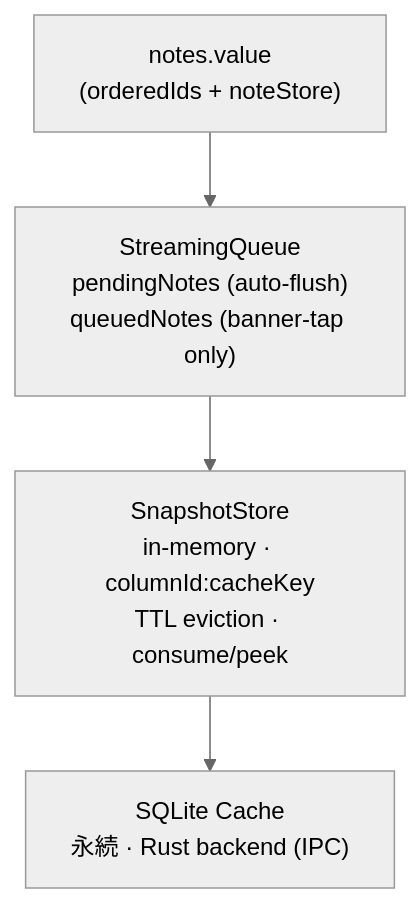
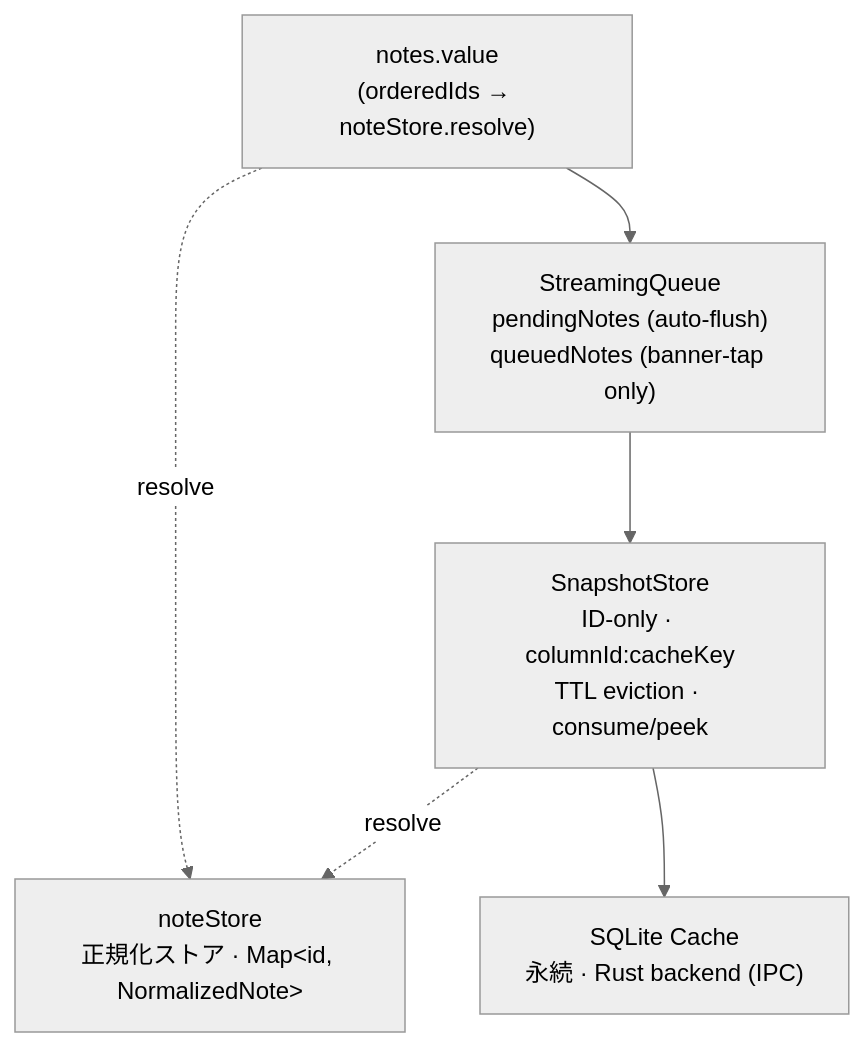
One commit to hitalin/notedeck changed the fifth of 5 diagrams in ARCHITECTURE.md. Above: the diagram before and after it, drawn with Mermaid (neutral theme). The commit also changed other lines of this file and 2 other files, not shown here.

First line of the commit message:
perf: SnapshotStoreをID-only化しメモリ使用量を大幅削減

````diff
--- a/ARCHITECTURE.md
+++ b/ARCHITECTURE.md
@@ -379,11 +379,14 @@
 ```mermaid
 graph TB
-    UI["notes.value<br/>(orderedIds + noteStore)"]
+    UI["notes.value<br/>(orderedIds → noteStore.resolve)"]
     SQ["StreamingQueue<br/>pendingNotes (auto-flush)<br/>queuedNotes (banner-tap only)"]
-    SS["SnapshotStore<br/>in-memory · columnId:cacheKey<br/>TTL eviction · consume/peek"]
+    SS["SnapshotStore<br/>ID-only · columnId:cacheKey<br/>TTL eviction · consume/peek"]
+    NS["noteStore<br/>正規化ストア · Map&lt;id, NormalizedNote&gt;"]
     SC["SQLite Cache<br/>永続 · Rust backend (IPC)"]
 
     UI --> SQ
+    UI -.->|resolve| NS
     SQ --> SS
+    SS -.->|resolve| NS
     SS --> SC
 ```
````
